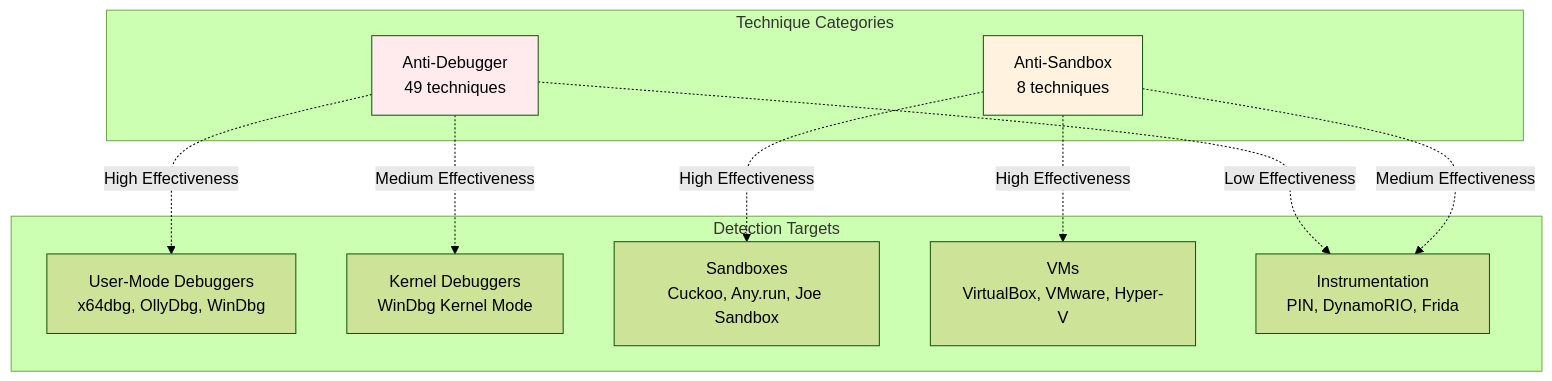
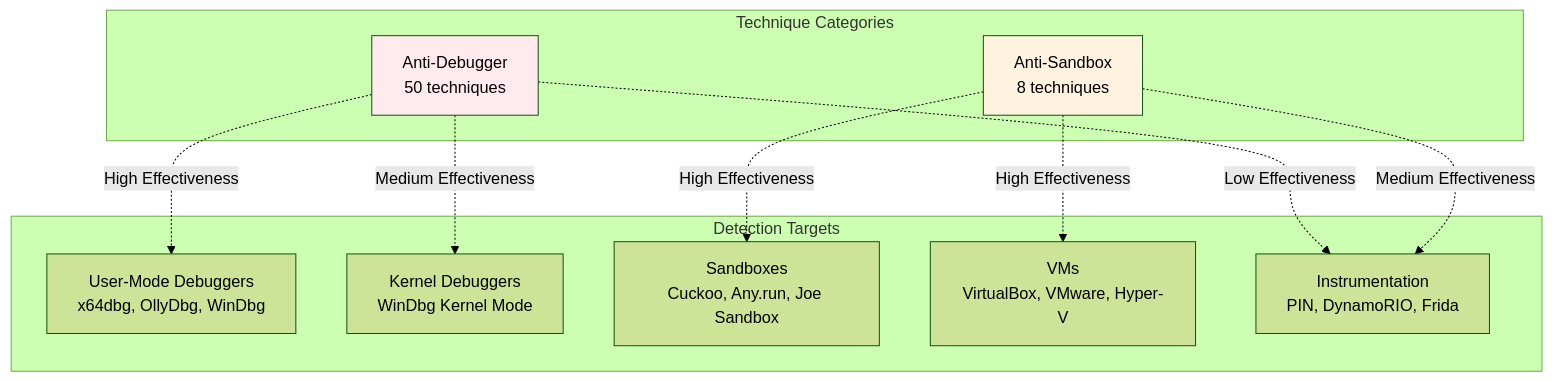
One commit to mabj/anti changed the seventh of 8 diagrams in docs/diagrams/taxonomy.md. Above: the diagram before and after it, drawn with Mermaid (forest theme). The commit also changed other lines of this file and 7 other files, not shown here.

Commit message:
Adding new anti-debugger technique AD050.

````diff
--- a/docs/diagrams/taxonomy.md
+++ b/docs/diagrams/taxonomy.md
@@ -222,26 +223,26 @@
 ```mermaid
 graph TB
     subgraph Detection Targets
         T1[User-Mode Debuggers<br/>x64dbg, OllyDbg, WinDbg]
         T2[Kernel Debuggers<br/>WinDbg Kernel Mode]
         T3[Sandboxes<br/>Cuckoo, Any.run, Joe Sandbox]
         T4[VMs<br/>VirtualBox, VMware, Hyper-V]
         T5[Instrumentation<br/>PIN, DynamoRIO, Frida]
     end
 
     subgraph Technique Categories
-        C1[Anti-Debugger<br/>49 techniques]
+        C1[Anti-Debugger<br/>50 techniques]
         C2[Anti-Sandbox<br/>8 techniques]
     end
 
     C1 -.High Effectiveness.-> T1
     C1 -.Medium Effectiveness.-> T2
     C1 -.Low Effectiveness.-> T5
 
     C2 -.High Effectiveness.-> T3
     C2 -.High Effectiveness.-> T4
     C2 -.Medium Effectiveness.-> T5
 
     style C1 fill:#ffebee
     style C2 fill:#fff3e0
 ```
````
